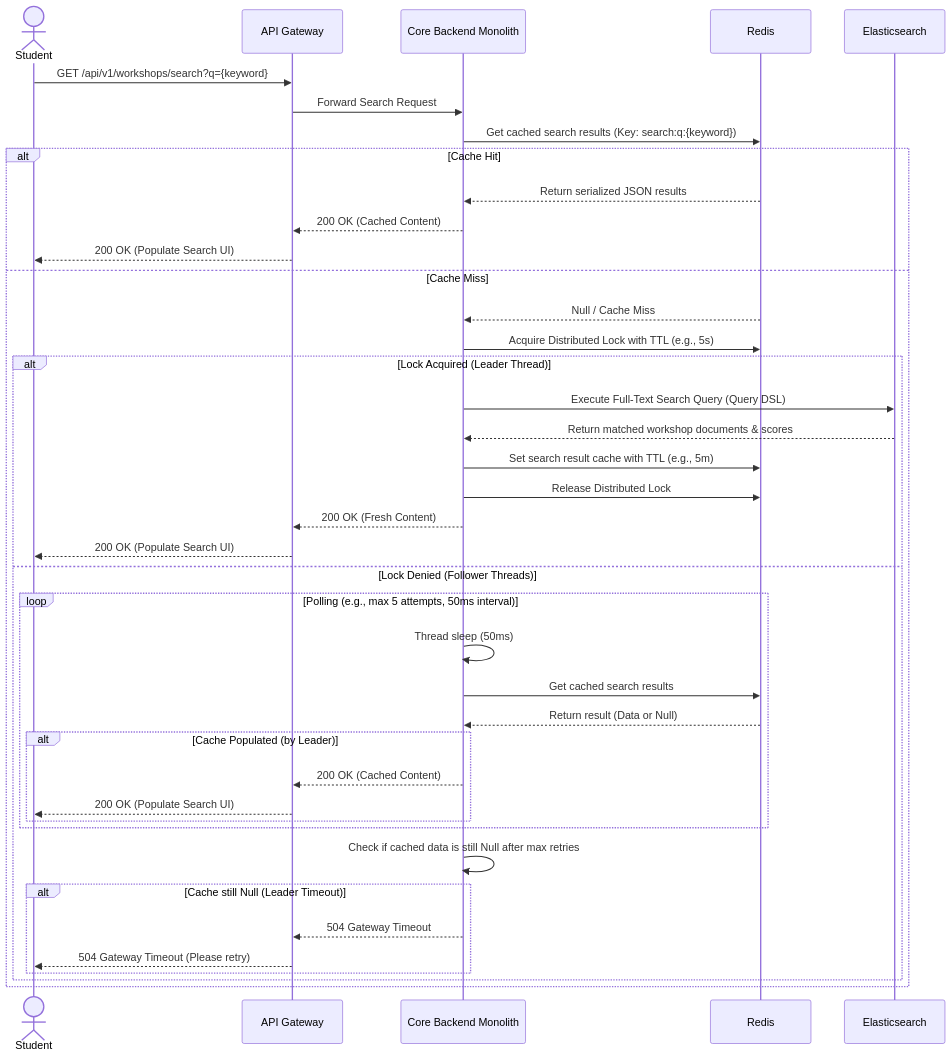
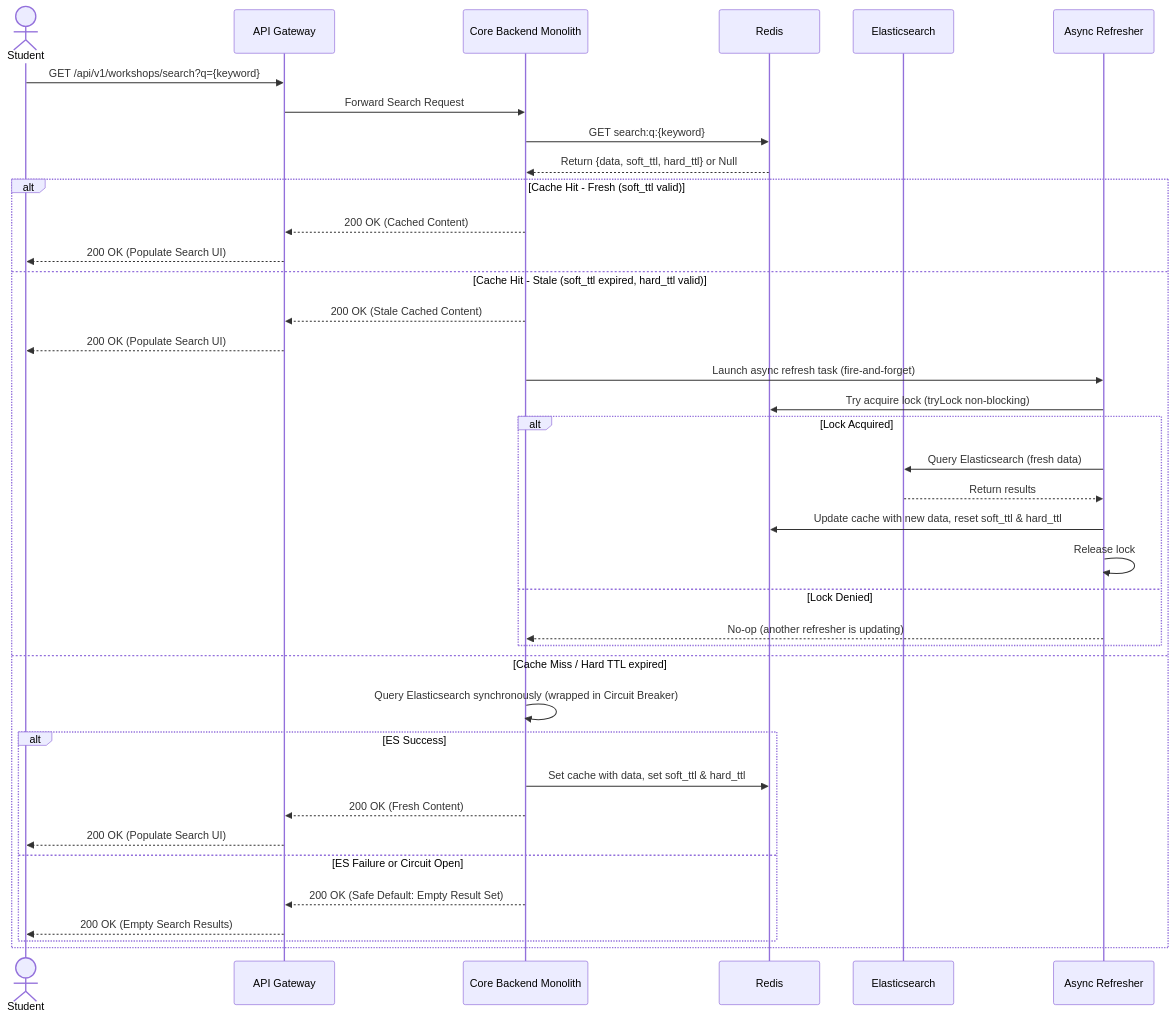
One commit to phatnguyen975/unihub-workshop changed the third of 10 diagrams in blueprint/design.md. Above: the diagram before and after it, drawn with Mermaid. The commit also changed other lines of this file, not shown here.

Commit message:
docs: format search and offline flows

````diff
--- a/blueprint/design.md
+++ b/blueprint/design.md
@@ -439,43 +439,44 @@
 ```mermaid
 sequenceDiagram
-  actor Client as Student
+  actor Student as Student
   participant GW as API Gateway
   participant API as Core Backend Monolith
   participant Cache as Redis
   participant ES as Elasticsearch
+  participant Refresher as Async Refresher
 
-  Client->>GW: GET /api/v1/workshops/search?q={keyword}
+  Student->>GW: GET /api/v1/workshops/search?q={keyword}
   GW->>API: Forward Search Request
-  API->>Cache: Get cached search results (Key: search:q:{keyword})
-  alt Cache Hit
-    Cache-->>API: Return serialized JSON results
+  API->>Cache: GET search:q:{keyword}
+  Cache-->>API: Return {data, soft_ttl, hard_ttl} or Null
+
+  alt Cache Hit - Fresh (soft_ttl valid)
     API-->>GW: 200 OK (Cached Content)
-    GW-->>Client: 200 OK (Populate Search UI)
-  else Cache Miss
-    Cache-->>API: Null / Cache Miss
-    API->>Cache: Acquire Distributed Lock with TTL (e.g., 5s)
-    alt Lock Acquired (Leader Thread)
-      API->>ES: Execute Full-Text Search Query (Query DSL)
-      ES-->>API: Return matched workshop documents & scores
-      API->>Cache: Set search result cache with TTL (e.g., 5m)
-      API->>Cache: Release Distributed Lock
+    GW-->>Student: 200 OK (Populate Search UI)
+
+  else Cache Hit - Stale (soft_ttl expired, hard_ttl valid)
+    API-->>GW: 200 OK (Stale Cached Content)
+    GW-->>Student: 200 OK (Populate Search UI)
+    API->>Refresher: Launch async refresh task (fire-and-forget)
+    Refresher->>Cache: Try acquire lock (tryLock non-blocking)
+    alt Lock Acquired
+      Refresher->>ES: Query Elasticsearch (fresh data)
+      ES-->>Refresher: Return results
+      Refresher->>Cache: Update cache with new data, reset soft_ttl & hard_ttl
+      Refresher->>Refresher: Release lock
+    else Lock Denied
+      Refresher-->>API: No-op (another refresher is updating)
+    end
+
+  else Cache Miss / Hard TTL expired
+    API->>API: Query Elasticsearch synchronously (wrapped in Circuit Breaker)
+    alt ES Success
+      API->>Cache: Set cache with data, set soft_ttl & hard_ttl
       API-->>GW: 200 OK (Fresh Content)
-      GW-->>Client: 200 OK (Populate Search UI)
-    else Lock Denied (Follower Threads)
-      loop Polling (e.g., max 5 attempts, 50ms interval)
-        API->>API: Thread sleep (50ms)
-        API->>Cache: Get cached search results
-        Cache-->>API: Return result (Data or Null)
-        alt Cache Populated (by Leader)
-          API-->>GW: 200 OK (Cached Content)
-          GW-->>Client: 200 OK (Populate Search UI)
-        end
-      end
-      API->>API: Check if cached data is still Null after max retries
-      alt Cache still Null (Leader Timeout)
-        API-->>GW: 504 Gateway Timeout
-        GW-->>Client: 504 Gateway Timeout (Please retry)
-      end
+      GW-->>Student: 200 OK (Populate Search UI)
+    else ES Failure or Circuit Open
+      API-->>GW: 200 OK (Safe Default: Empty Result Set)
+      GW-->>Student: 200 OK (Empty Search Results)
     end
   end
 ```
````
